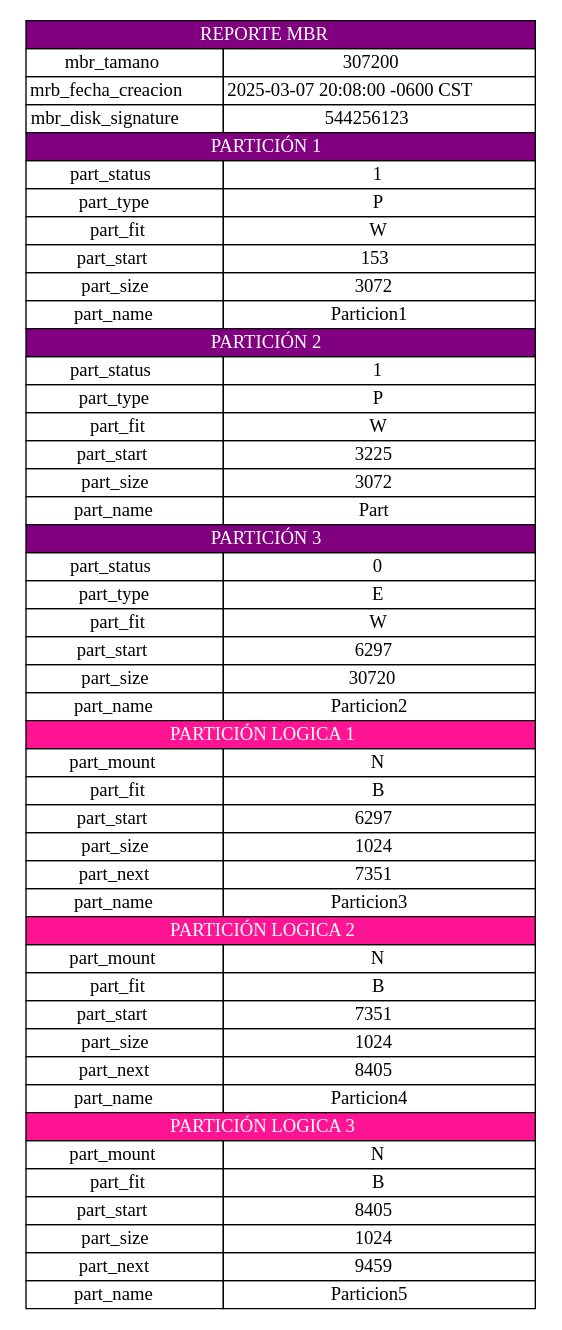
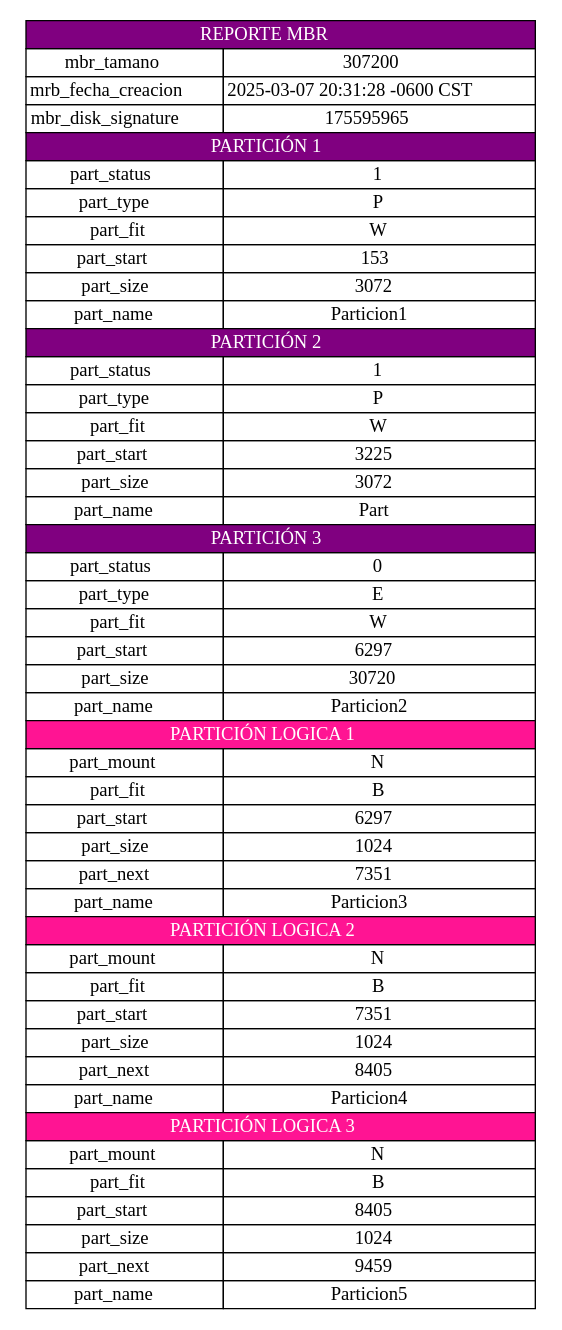
The diagram in server/src/salida/reporte2.dot (miguel-tubac/MIA_1S2025_P1_202101927), drawn with Graphviz before and after one commit. The commit also changed 9 other files, not shown here.

```diff
--- a/server/src/salida/reporte2.dot
+++ b/server/src/salida/reporte2.dot
@@ -1,57 +1,57 @@
 digraph G {
         node [shape=plaintext]
         tabla [label=<
             <table border="0" cellborder="1" cellspacing="0">
                 <tr><td colspan="2" bgcolor="#800080"><font color="white"> REPORTE MBR </font></td></tr>
                 <tr><td>mbr_tamano</td><td>307200</td></tr>
-                <tr><td>mrb_fecha_creacion</td><td>2025-03-07 20:08:00 -0600 CST</td></tr>
-                <tr><td>mbr_disk_signature</td><td>544256123</td></tr>
+                <tr><td>mrb_fecha_creacion</td><td>2025-03-07 20:31:28 -0600 CST</td></tr>
+                <tr><td>mbr_disk_signature</td><td>175595965</td></tr>
             
 			<tr><td colspan="2" bgcolor="#800080"><font color="white"> PARTICIÓN 1 </font></td></tr>
 			<tr><td>part_status</td><td>1</td></tr>
 			<tr><td>part_type</td><td>P</td></tr>
 			<tr><td>part_fit</td><td>W</td></tr>
 			<tr><td>part_start</td><td>153</td></tr>
 			<tr><td>part_size</td><td>3072</td></tr>
 			<tr><td>part_name</td><td>Particion1</td></tr>
 		
 			<tr><td colspan="2" bgcolor="#800080"><font color="white"> PARTICIÓN 2 </font></td></tr>
 			<tr><td>part_status</td><td>1</td></tr>
 			<tr><td>part_type</td><td>P</td></tr>
 			<tr><td>part_fit</td><td>W</td></tr>
 			<tr><td>part_start</td><td>3225</td></tr>
 			<tr><td>part_size</td><td>3072</td></tr>
 			<tr><td>part_name</td><td>Part</td></tr>
 		
 			<tr><td colspan="2" bgcolor="#800080"><font color="white"> PARTICIÓN 3 </font></td></tr>
 			<tr><td>part_status</td><td>0</td></tr>
 			<tr><td>part_type</td><td>E</td></tr>
 			<tr><td>part_fit</td><td>W</td></tr>
 			<tr><td>part_start</td><td>6297</td></tr>
 			<tr><td>part_size</td><td>30720</td></tr>
 			<tr><td>part_name</td><td>Particion2</td></tr>
 		
 					<tr><td colspan="2" bgcolor="#FF1493"><font color="white"> PARTICIÓN LOGICA 1 </font></td></tr>
 					<tr><td>part_mount</td><td>N</td></tr>
 					<tr><td>part_fit</td><td>B</td></tr>
 					<tr><td>part_start</td><td>6297</td></tr>
 					<tr><td>part_size</td><td>1024</td></tr>
 					<tr><td>part_next</td><td>7351</td></tr>
 					<tr><td>part_name</td><td>Particion3</td></tr>
 				
 					<tr><td colspan="2" bgcolor="#FF1493"><font color="white"> PARTICIÓN LOGICA 2 </font></td></tr>
 					<tr><td>part_mount</td><td>N</td></tr>
 					<tr><td>part_fit</td><td>B</td></tr>
 					<tr><td>part_start</td><td>7351</td></tr>
 					<tr><td>part_size</td><td>1024</td></tr>
 					<tr><td>part_next</td><td>8405</td></tr>
 					<tr><td>part_name</td><td>Particion4</td></tr>
 				
 					<tr><td colspan="2" bgcolor="#FF1493"><font color="white"> PARTICIÓN LOGICA 3 </font></td></tr>
 					<tr><td>part_mount</td><td>N</td></tr>
 					<tr><td>part_fit</td><td>B</td></tr>
 					<tr><td>part_start</td><td>8405</td></tr>
 					<tr><td>part_size</td><td>1024</td></tr>
 					<tr><td>part_next</td><td>9459</td></tr>
 					<tr><td>part_name</td><td>Particion5</td></tr>
 				</table>>] }
```
